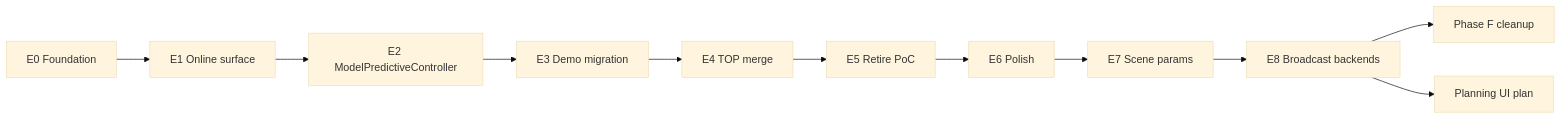
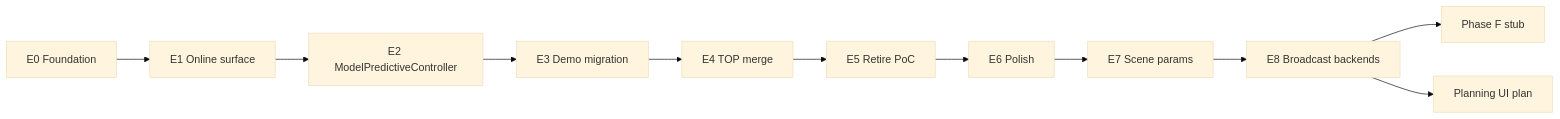
The diagram in docs/plans/mpc-rh-refactor/phases.md (alx87grd/minilink), drawn with Mermaid (base theme) before and after one commit. The commit also changed other lines of this file and 4 other files, not shown here.

First line of the commit message:
docs(mpc): simplify Phase F to generic stub until E8 complete

````diff
--- a/docs/plans/mpc-rh-refactor/phases.md
+++ b/docs/plans/mpc-rh-refactor/phases.md
@@ -50,16 +50,16 @@
 ```mermaid
 flowchart LR
   E0[E0 Foundation]
   E1[E1 Online surface]
   E2[E2 ModelPredictiveController]
   E3[E3 Demo migration]
   E4[E4 TOP merge]
   E5[E5 Retire PoC]
   E6[E6 Polish]
   E7[E7 Scene params]
   E8[E8 Broadcast backends]
 
   E0 --> E1 --> E2 --> E3 --> E4 --> E5 --> E6 --> E7 --> E8
-  E8 --> F[Phase F cleanup]
+  E8 --> F[Phase F stub]
   E8 --> UI[Planning UI plan]
 ```
````
